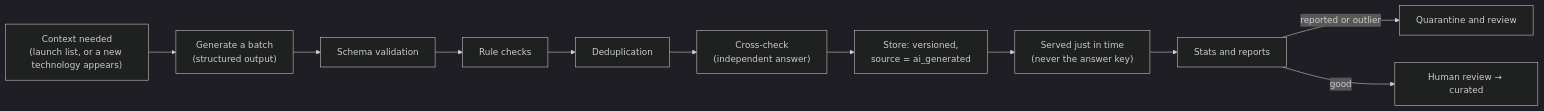
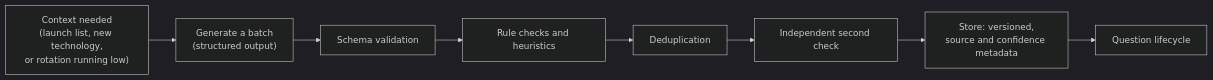
Before and after one commit to ricardoverita/cv-rush: the first of 2 diagrams in docs/questions/content-strategy.md, drawn with Mermaid (dark theme). The commit also changed other lines of this file and 34 other files, not shown here.

````diff
--- a/docs/questions/content-strategy.md
+++ b/docs/questions/content-strategy.md
@@ -37,13 +36,10 @@
 ```mermaid
 flowchart LR
-  need["Context needed<br/>(launch list, or a new technology appears)"] --> gen["Generate a batch<br/>(structured output)"]
+  need["Context needed<br/>(launch list, new technology,<br/>or rotation running low)"] --> gen["Generate a batch<br/>(structured output)"]
   gen --> schema["Schema validation"]
-  schema --> rules["Rule checks"]
+  schema --> rules["Rule checks and heuristics"]
   rules --> dedupe["Deduplication"]
-  dedupe --> cross["Cross-check<br/>(independent answer)"]
-  cross --> store["Store: versioned,<br/>source = ai_generated"]
-  store --> serve["Served just in time<br/>(never the answer key)"]
-  serve --> stats["Stats and reports"]
-  stats -->|"reported or outlier"| quarantine["Quarantine and review"]
-  stats -->|"good"| promote["Human review → curated"]
+  dedupe --> second["Independent second check"]
+  second --> store["Store: versioned,<br/>source and confidence metadata"]
+  store --> lifecycle["Question lifecycle"]
 ```
````
